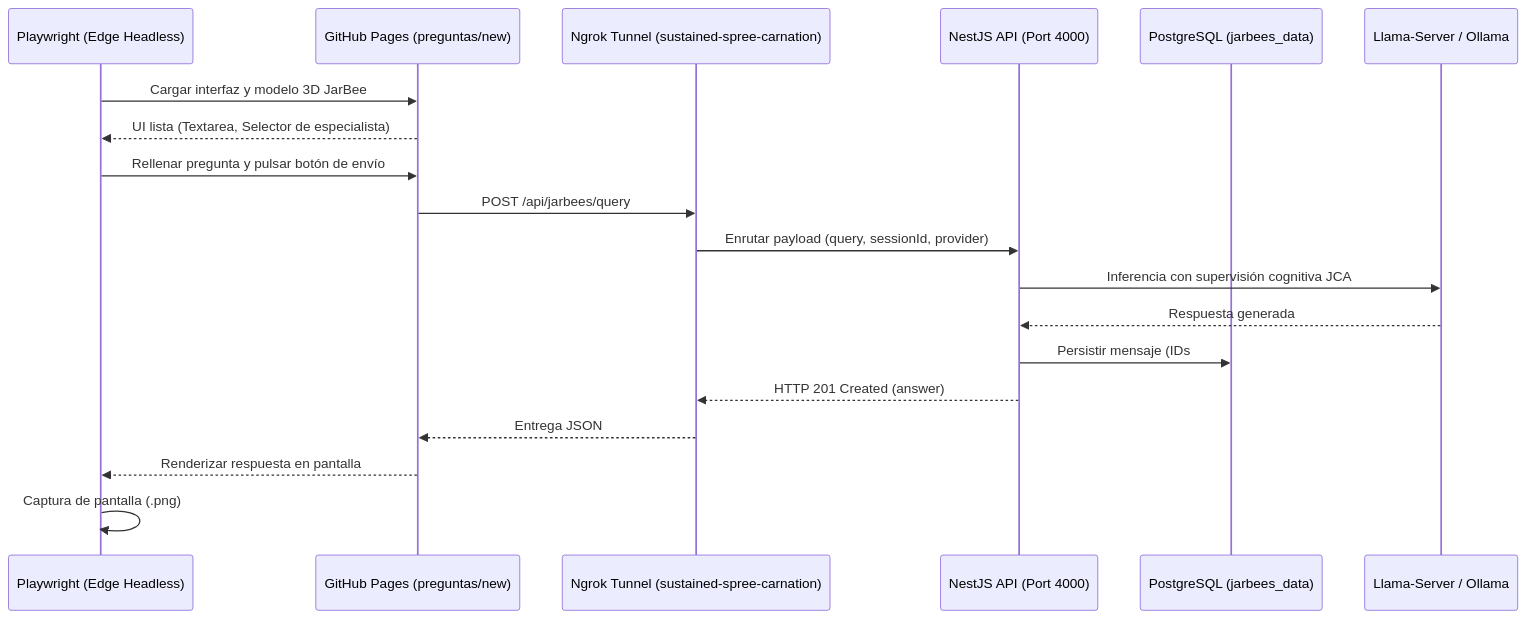
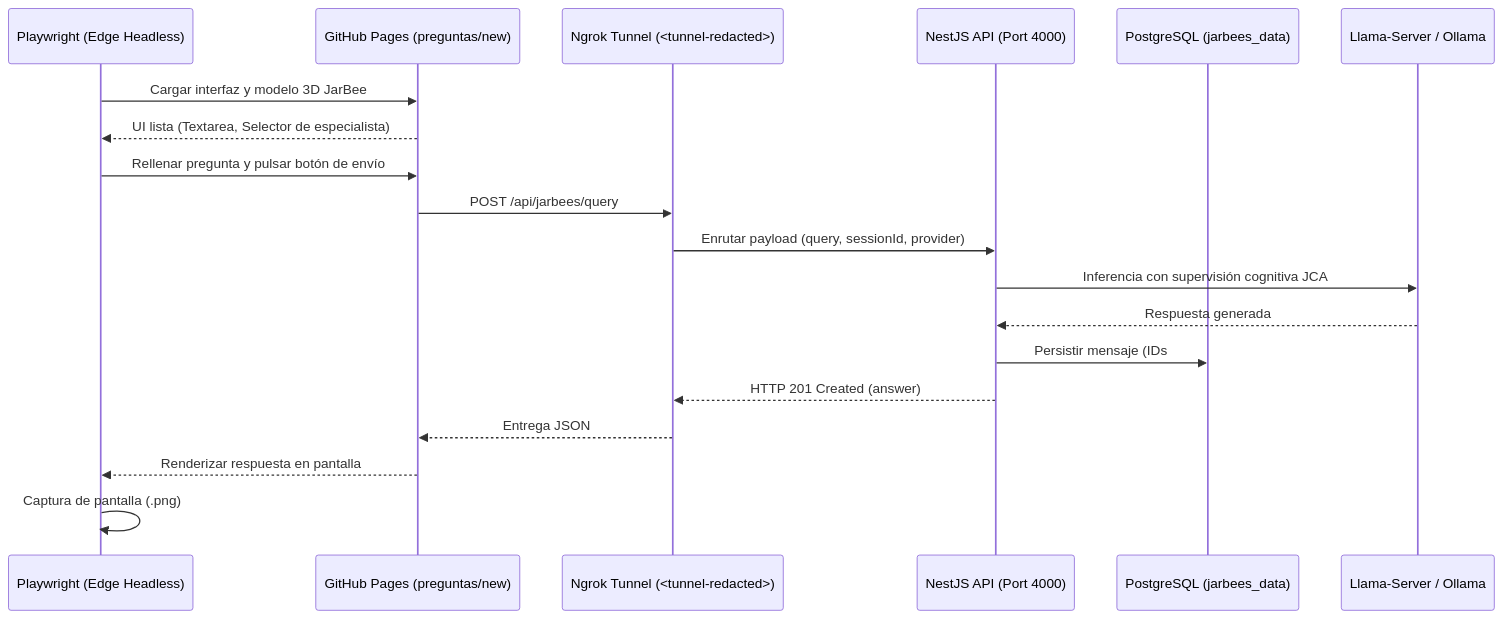
The diagram in docs/JARBEES_COGNITIVE_ARCHITECTURE_IMPLEMENTATION_AND_E2E_REPORT.md (ifernandez89/productos_crud_bkd), drawn with Mermaid before and after one commit. The commit also changed other lines of this file and 42 other files, not shown here.

````diff
--- a/docs/JARBEES_COGNITIVE_ARCHITECTURE_IMPLEMENTATION_AND_E2E_REPORT.md
+++ b/docs/JARBEES_COGNITIVE_ARCHITECTURE_IMPLEMENTATION_AND_E2E_REPORT.md
@@ -105,22 +105,22 @@
 ```mermaid
 sequenceDiagram
     participant Browser as Playwright (Edge Headless)
     participant CloudFrontend as GitHub Pages (preguntas/new)
-    participant Tunnel as Ngrok Tunnel (sustained-spree-carnation)
+    participant Tunnel as Ngrok Tunnel (<tunnel-redacted>)
     participant Backend as NestJS API (Port 4000)
     participant DB as PostgreSQL (jarbees_data)
     participant LLM as Llama-Server / Ollama
 
     Browser->>CloudFrontend: Cargar interfaz y modelo 3D JarBee
     CloudFrontend-->>Browser: UI lista (Textarea, Selector de especialista)
     Browser->>CloudFrontend: Rellenar pregunta y pulsar botón de envío
     CloudFrontend->>Tunnel: POST /api/jarbees/query
     Tunnel->>Backend: Enrutar payload (query, sessionId, provider)
     Backend->>LLM: Inferencia con supervisión cognitiva JCA
     LLM-->>Backend: Respuesta generada
     Backend->>DB: Persistir mensaje (IDs #767 a #772)
     Backend-->>Tunnel: HTTP 201 Created (answer)
     Tunnel-->>CloudFrontend: Entrega JSON
     CloudFrontend-->>Browser: Renderizar respuesta en pantalla
     Browser->>Browser: Captura de pantalla (.png)
 ```
````
